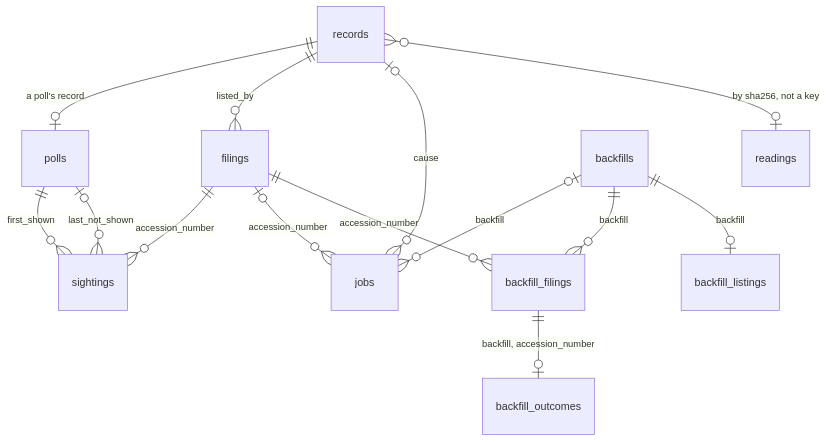
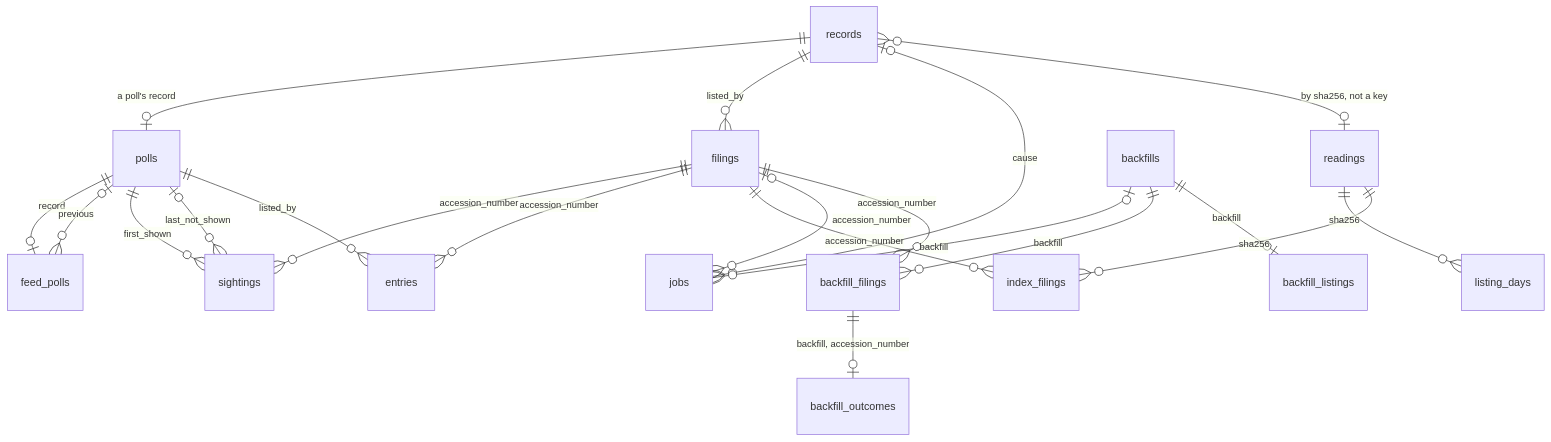
One commit to nslaughter/edgar-data-pipeline changed the first of 2 diagrams in docs/explanation/postgresql.md. Above: the diagram before and after it, drawn with Mermaid. The commit also changed other lines of this file and 23 other files, not shown here.

````diff
--- a/docs/explanation/postgresql.md
+++ b/docs/explanation/postgresql.md
@@ -151,16 +152,23 @@
 ```mermaid
 erDiagram
   records ||--o| polls : "a poll's record"
   records ||--o{ filings : "listed_by"
   records |o--o{ jobs : "cause"
   records }o--o| readings : "by sha256, not a key"
+  polls ||--o| feed_polls : "record"
+  polls |o--o{ feed_polls : "previous"
   polls ||--o{ sightings : "first_shown"
   polls |o--o{ sightings : "last_not_shown"
   filings ||--o{ sightings : "accession_number"
+  filings ||--o{ entries : "accession_number"
+  polls ||--o{ entries : "listed_by"
+  readings ||--o{ listing_days : "sha256"
+  readings ||--o{ index_filings : "sha256"
+  filings ||--o{ index_filings : "accession_number"
   filings |o--o{ jobs : "accession_number"
   backfills |o--o{ jobs : "backfill"
   backfills ||--o{ backfill_filings : "backfill"
   filings ||--o{ backfill_filings : "accession_number"
   backfills ||--o| backfill_listings : "backfill"
   backfill_filings ||--o| backfill_outcomes : "backfill, accession_number"
 ```
````
